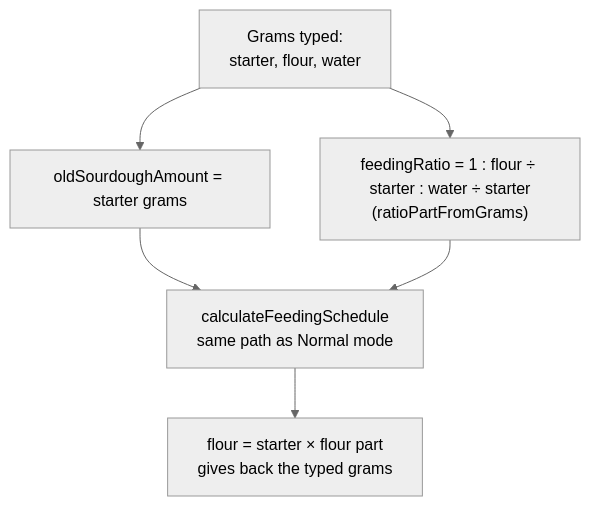
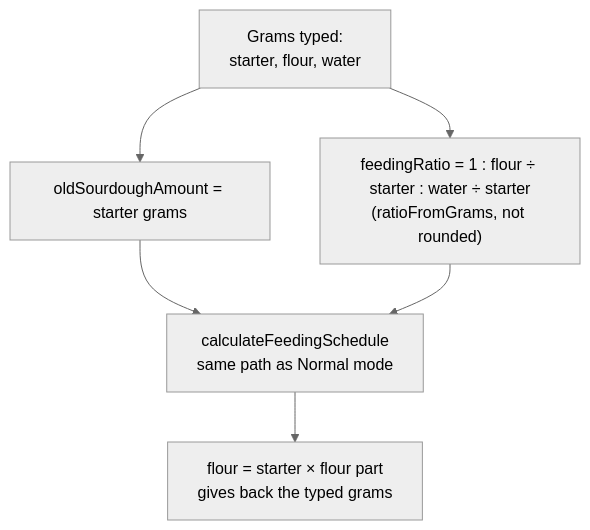
Before and after one commit to bendfeldt/sourdoughpeakplanner-ff7502f5: the second of 3 diagrams in docs/calculation-modes.md, drawn with Mermaid (neutral theme). The commit also changed other lines of this file and 4 other files, not shown here.

````diff
--- a/docs/calculation-modes.md
+++ b/docs/calculation-modes.md
@@ -62,12 +62,12 @@
 ```mermaid
 flowchart TB
     typed["Grams typed:<br/>starter, flour, water"]
     starter["oldSourdoughAmount = starter grams"]
-    ratio["feedingRatio = 1 : flour ÷ starter : water ÷ starter<br/>(ratioPartFromGrams)"]
+    ratio["feedingRatio = 1 : flour ÷ starter : water ÷ starter<br/>(ratioFromGrams, not rounded)"]
     calc["calculateFeedingSchedule<br/>same path as Normal mode"]
     back["flour = starter × flour part<br/>gives back the typed grams"]
 
     typed --> starter --> calc
     typed --> ratio --> calc
     calc --> back
 ```
````
